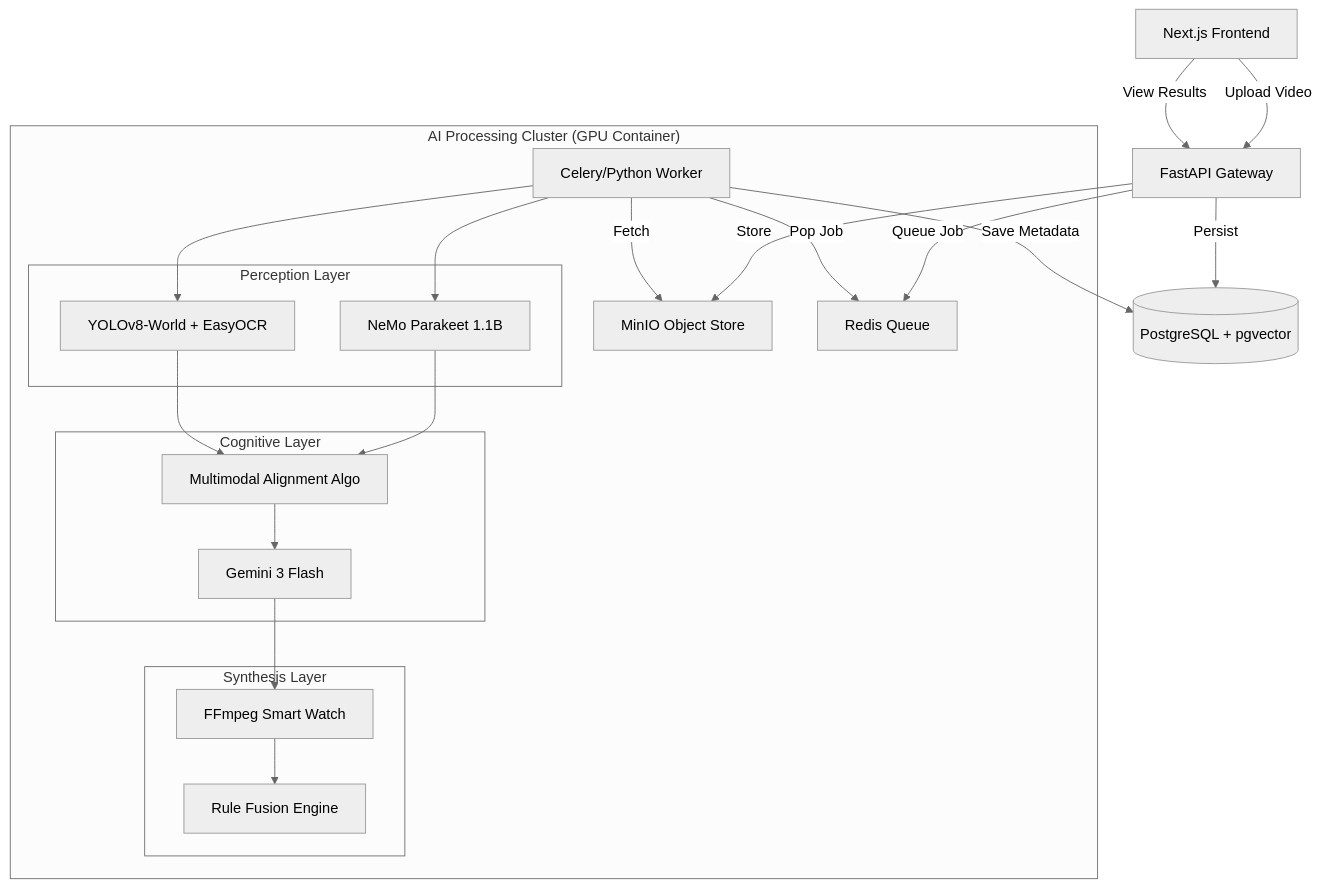
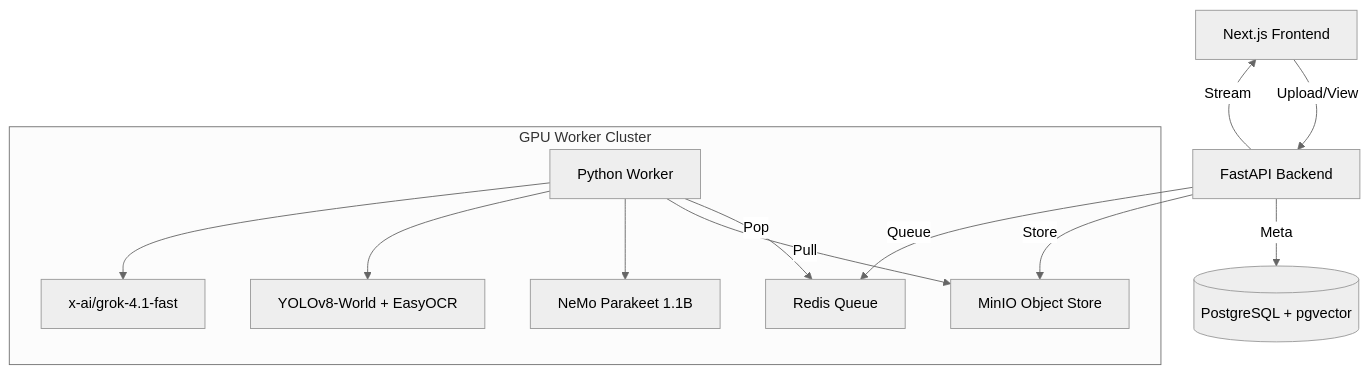
The diagram in README.md (cameronsaddress/TrainFlow_AI), drawn with Mermaid (neutral theme) before and after one commit. The commit also changed other lines of this file and 13 other files, not shown here.

First line of the commit message:
feat(v8.0): Update to Elite UI Architecture with Lesson Quizzes and Smart Load

````diff
--- a/README.md
+++ b/README.md
@@ -33,38 +32,23 @@
 ```mermaid
 graph TD
-    Client[Next.js Frontend] -->|Upload Video| API[FastAPI Gateway]
-    Client -->|View Results| API
+    Client[Next.js Frontend] -->|Upload/View| Gateway[FastAPI Backend]
     
-    API -->|Store| MinIO[MinIO Object Store]
-    API -->|Persist| PG[(PostgreSQL + pgvector)]
-    API -->|Queue Job| Redis[Redis Queue]
+    Gateway -->|Store| MinIO[MinIO Object Store]
+    Gateway -->|Meta| PG[(PostgreSQL + pgvector)]
+    Gateway -->|Queue| Redis[Redis Queue]
     
-    subgraph "AI Processing Cluster (GPU Container)"
-        Worker[Celery/Python Worker] -->|Pop Job| Redis
-        Worker -->|Fetch| MinIO
+    subgraph "GPU Worker Cluster"
+        Worker[Python Worker] -->|Pop| Redis
+        Worker -->|Pull| MinIO
         
-        subgraph "Perception Layer"
-            ASR[NeMo Parakeet 1.1B]
-            CV[YOLOv8-World + EasyOCR]
-        end
-        
-        subgraph "Cognitive Layer"
-            Align[Multimodal Alignment Algo]
-            LLM[Gemini 3 Flash]
-        end
-        
-        subgraph "Synthesis Layer"
-            Gen[FFmpeg Smart Watch]
-            Knowledge[Rule Fusion Engine]
-        end
+        ASR[NeMo Parakeet 1.1B]
+        CV[YOLOv8-World + EasyOCR]
+        LLM[x-ai/grok-4.1-fast]
         
         Worker --> ASR
         Worker --> CV
-        ASR & CV --> Align
-        Align --> LLM
-        LLM --> Gen
-        Gen --> Knowledge
+        Worker --> LLM
     end
     
-    Worker -->|Save Metadata| PG
+    Gateway -->|Stream| Client
 ```
````
